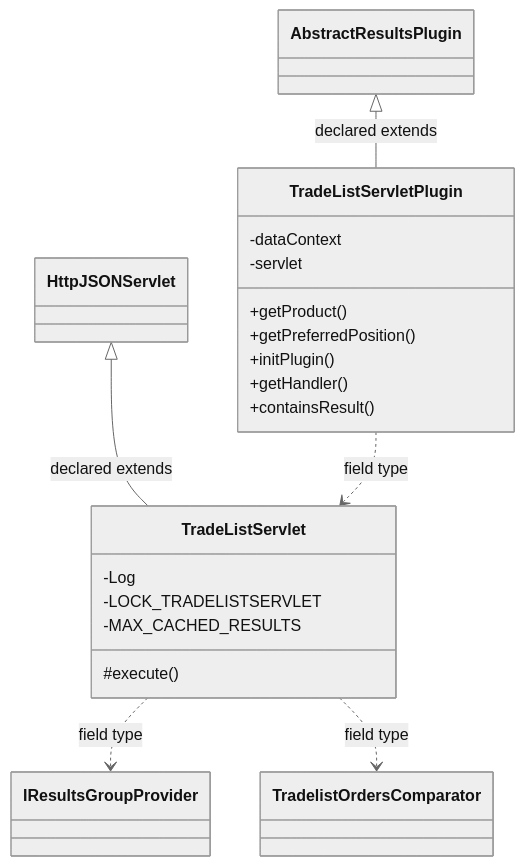
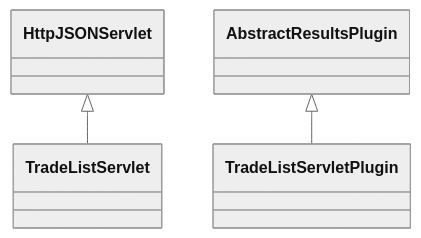
Before and after one commit to haruperi/HaruQuantAI: the diagram in docs/sqx/Results/ResultsTradeList.md, drawn with Mermaid (neutral theme). The commit also changed other lines of this file and 1688 other files, not shown here.

````diff
--- a/docs/sqx/Results/ResultsTradeList.md
+++ b/docs/sqx/Results/ResultsTradeList.md
@@ -30,27 +26,9 @@
 ```mermaid
 classDiagram
-    class Ccd893a8f8f22["TradeListServlet"] {
-        -Log
-        -LOCK_TRADELISTSERVLET
-        -MAX_CACHED_RESULTS
-        #execute()
-    }
-    class Ca9f44318cd37["TradeListServletPlugin"] {
-        -dataContext
-        -servlet
-        +getProduct()
-        +getPreferredPosition()
-        +initPlugin()
-        +getHandler()
-        +containsResult()
-    }
-    class C180e0c3f58c3["AbstractResultsPlugin"]
-    class C9ceba9ba4bac["IResultsGroupProvider"]
-    class Cf707db742e12["TradelistOrdersComparator"]
-    class C8900f90ae594["HttpJSONServlet"]
-    C8900f90ae594 <|-- Ccd893a8f8f22 : declared extends
-    Ccd893a8f8f22 ..> C9ceba9ba4bac : field type
-    Ccd893a8f8f22 ..> Cf707db742e12 : field type
-    C180e0c3f58c3 <|-- Ca9f44318cd37 : declared extends
-    Ca9f44318cd37 ..> Ccd893a8f8f22 : field type
+    class C0["TradeListServlet"]
+    class C1["TradeListServletPlugin"]
+    class E0["HttpJSONServlet"]
+    E0 <|-- C0
+    class E1["AbstractResultsPlugin"]
+    E1 <|-- C1
 ```
````
